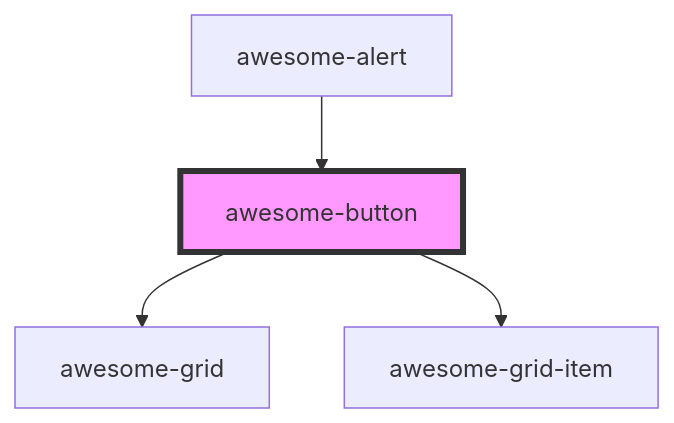
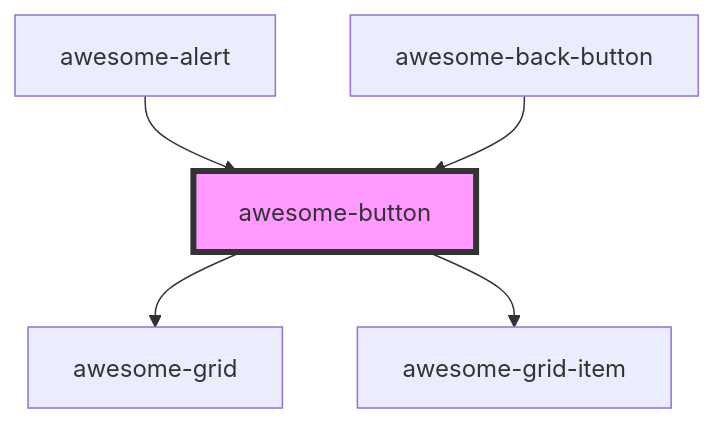
One commit to awesome-elements/ui changed the diagram in src/components/awesome-button/readme.md. Above: the diagram before and after it, drawn with Mermaid. The commit also changed other lines of this file and 7 other files, not shown here.

Commit message:
add awesome-back-button

````diff
--- a/src/components/awesome-button/readme.md
+++ b/src/components/awesome-button/readme.md
@@ -29,7 +30,8 @@
 ```mermaid
 graph TD;
   awesome-button --> awesome-grid
   awesome-button --> awesome-grid-item
   awesome-alert --> awesome-button
+  awesome-back-button --> awesome-button
   style awesome-button fill:#f9f,stroke:#333,stroke-width:4px
 ```
````
